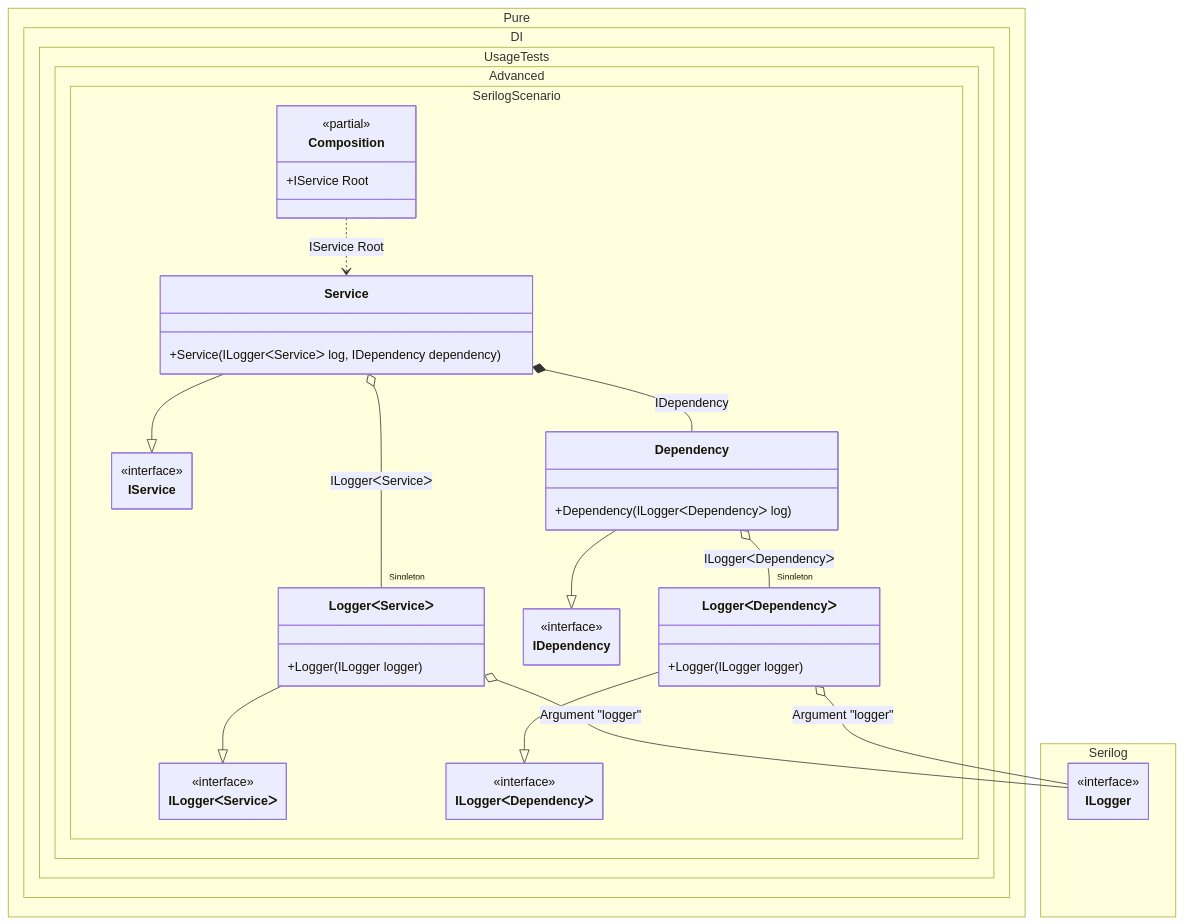
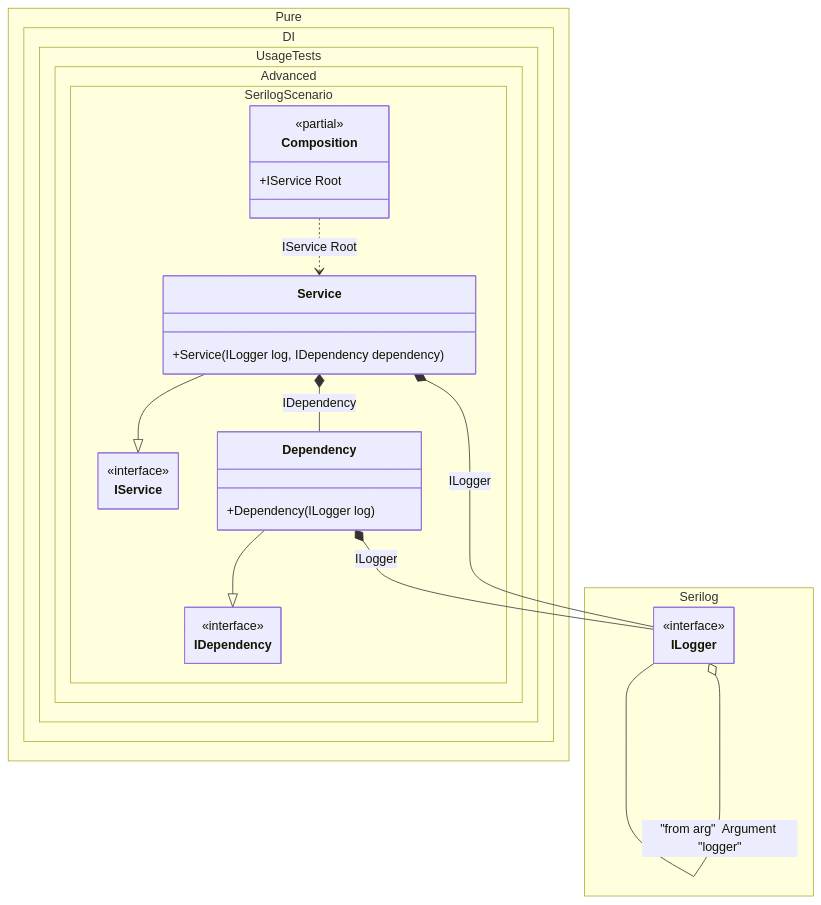
Before and after one commit to DevTeam/Pure.DI: the diagram in readme/serilog.md, drawn with Mermaid. The commit also changed other lines of this file and 46 other files, not shown here.

````diff
--- a/readme/serilog.md
+++ b/readme/serilog.md
@@ -127,53 +98,38 @@
 ```mermaid
 ---
  config:
   class:
    hideEmptyMembersBox: true
 ---
 classDiagram
 	Service --|> IService
-	LoggerᐸServiceᐳ --|> ILoggerᐸServiceᐳ
 	Dependency --|> IDependency
-	LoggerᐸDependencyᐳ --|> ILoggerᐸDependencyᐳ
 	Composition ..> Service : IService Root
-	Service o-- "Singleton" LoggerᐸServiceᐳ : ILoggerᐸServiceᐳ
+	Service *--  ILogger : ILogger
 	Service *--  Dependency : IDependency
-	LoggerᐸServiceᐳ o-- ILogger : Argument "logger"
-	Dependency o-- "Singleton" LoggerᐸDependencyᐳ : ILoggerᐸDependencyᐳ
-	LoggerᐸDependencyᐳ o-- ILogger : Argument "logger"
+	ILogger o-- ILogger : "from arg"  Argument "logger"
+	Dependency *--  ILogger : ILogger
 	namespace Pure.DI.UsageTests.Advanced.SerilogScenario {
 		class Composition {
 		<<partial>>
 		+IService Root
 		}
 		class Dependency {
-			+Dependency(ILoggerᐸDependencyᐳ log)
+			+Dependency(ILogger log)
 		}
 		class IDependency {
-			<<interface>>
-		}
-		class ILoggerᐸDependencyᐳ {
-			<<interface>>
-		}
-		class ILoggerᐸServiceᐳ {
 			<<interface>>
 		}
 		class IService {
 			<<interface>>
 		}
-		class LoggerᐸDependencyᐳ {
-			+Logger(ILogger logger)
-		}
-		class LoggerᐸServiceᐳ {
-			+Logger(ILogger logger)
-		}
 		class Service {
-			+Service(ILoggerᐸServiceᐳ log, IDependency dependency)
+			+Service(ILogger log, IDependency dependency)
 		}
 	}
 	namespace Serilog {
 		class ILogger {
 				<<interface>>
 		}
 	}
 ```
````
